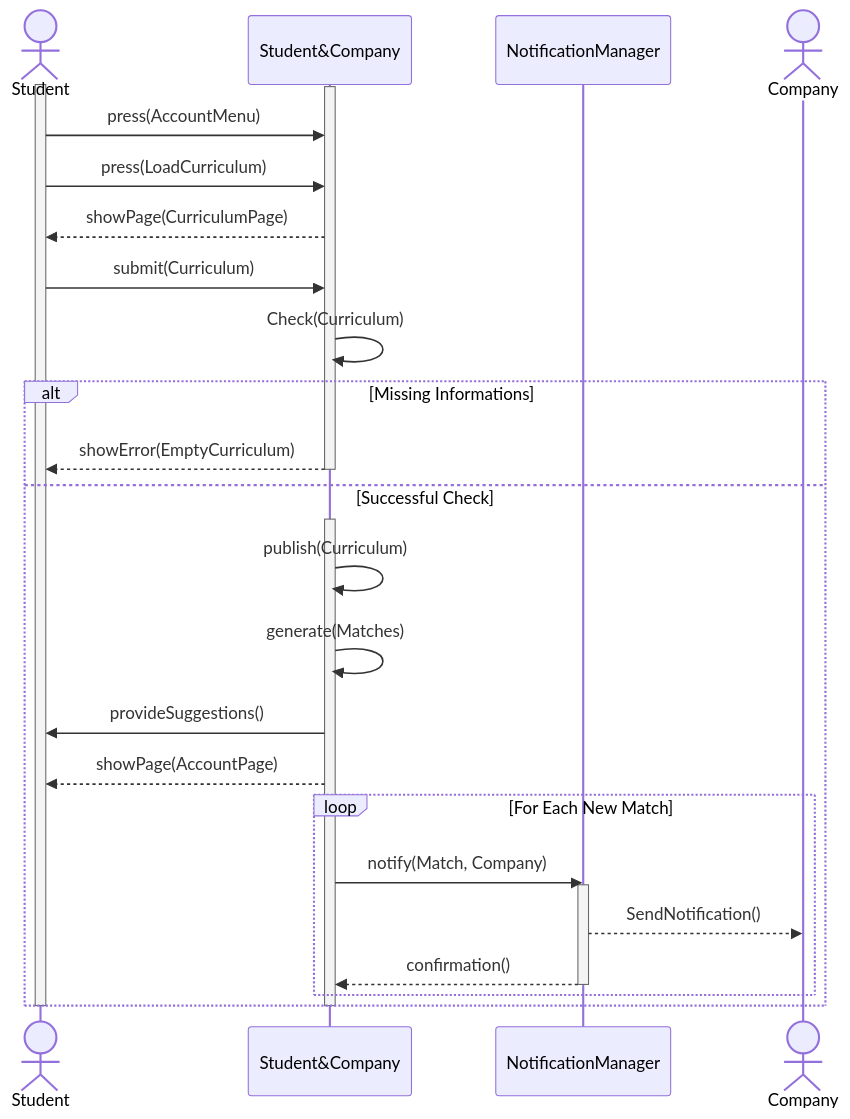
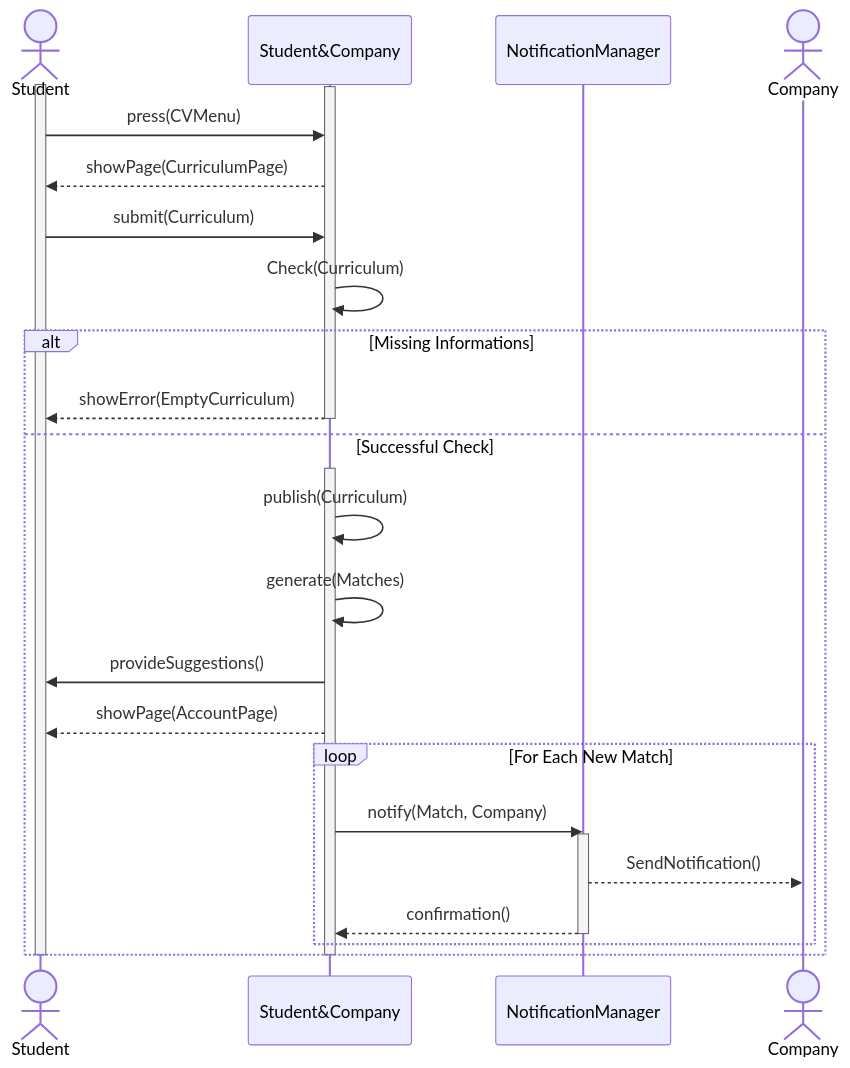
The fifth of 14 diagrams in Diagrams/SequenceDiagrams/SequenceDiagrams.md (Slaitroc/RicciPaoliGrisoni), drawn with Mermaid before and after one commit. The commit also changed other lines of this file and 15 other files, not shown here.

Commit message:
state charts, sequence diagrams and use cases refactored

````diff
--- a/Diagrams/SequenceDiagrams/SequenceDiagrams.md
+++ b/Diagrams/SequenceDiagrams/SequenceDiagrams.md
@@ -169,34 +169,33 @@
 ```mermaid
 sequenceDiagram
     actor Student
     participant Student&Company
     participant NotificationManager
     actor Company
     activate Student
     activate Student&Company
-    Student ->> Student&Company: press(AccountMenu)
-    Student ->> Student&Company: press(LoadCurriculum)
+    Student ->> Student&Company: press(CVMenu)
     Student&Company -->> Student: showPage(CurriculumPage)
     Student ->> Student&Company: submit(Curriculum)
     Student&Company ->> Student&Company: Check(Curriculum)
     alt Missing Informations
         Student&Company -->> Student: showError(EmptyCurriculum)
         deactivate Student&Company
     else Successful Check
         activate Student&Company
         Student&Company ->> Student&Company: publish(Curriculum)
         Student&Company ->> Student&Company: generate(Matches)
         Student&Company ->> Student: provideSuggestions()
         Student&Company -->> Student: showPage(AccountPage)
         loop For Each New Match
             Student&Company ->> NotificationManager: notify(Match, Company)
             activate NotificationManager
             NotificationManager -->> Company: SendNotification()
             NotificationManager -->> Student&Company: confirmation()
             deactivate NotificationManager 
         end
     end
         deactivate Student&Company
         deactivate Student
     
 ```
````
